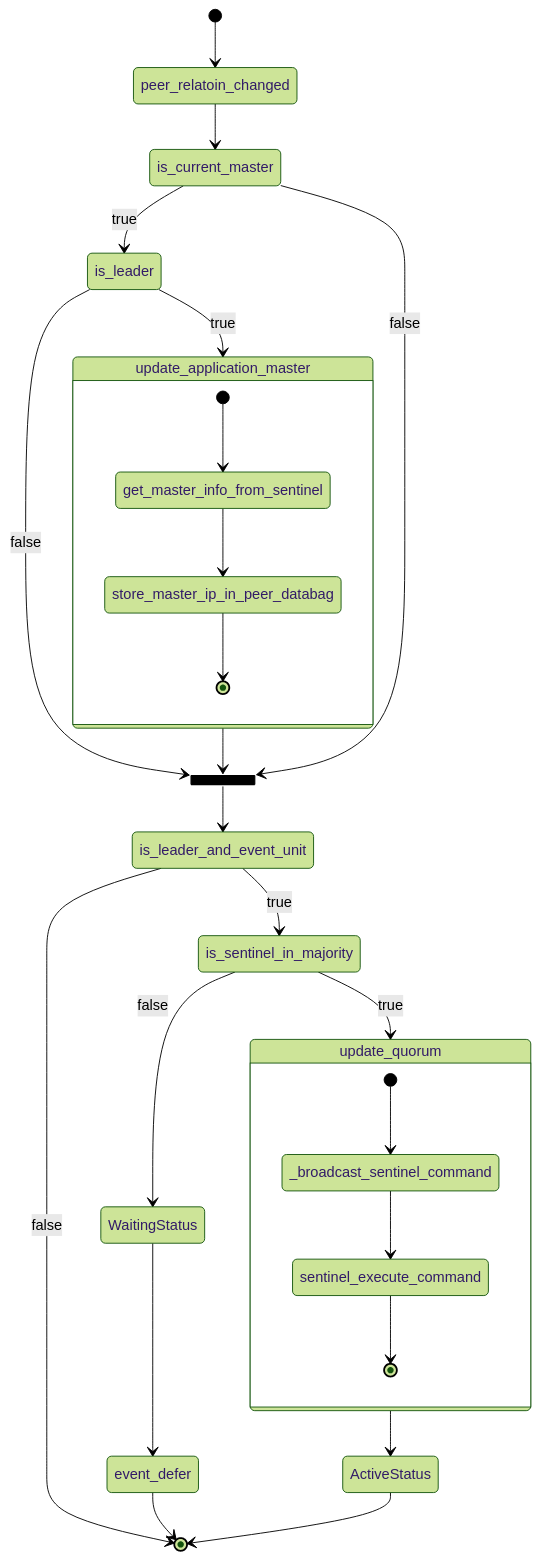
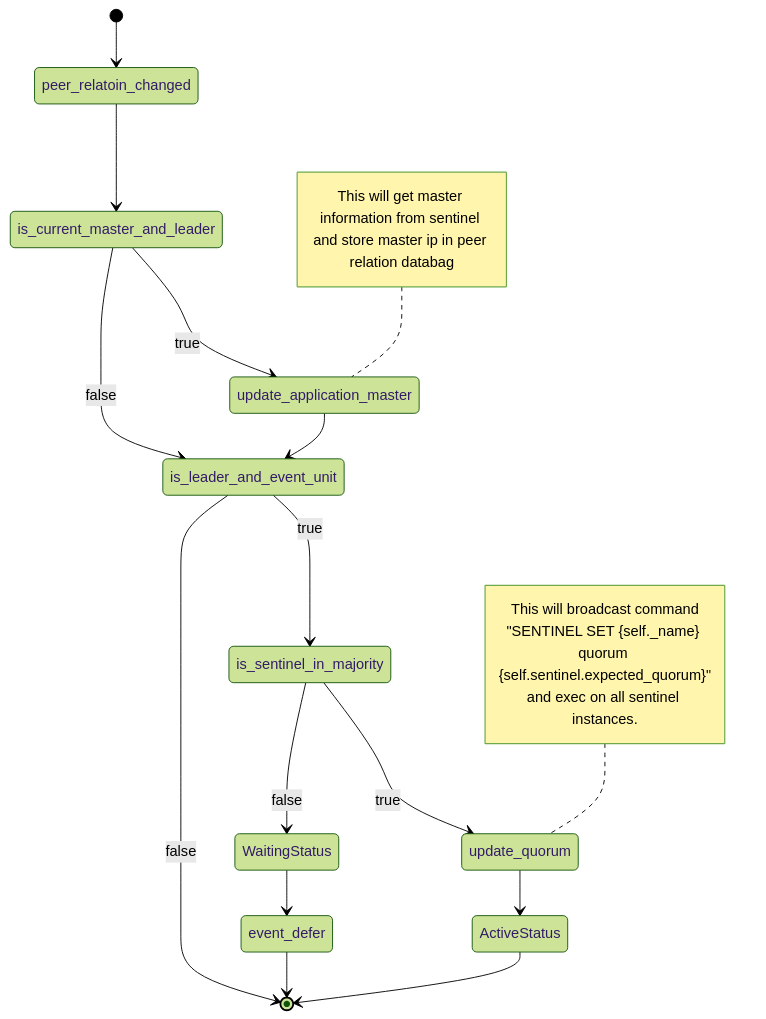
One commit to jneo8/juju-guides changed the first of 2 diagrams in tutorial-operator-charm/deployment-part4-peer-relation.md. Above: the diagram before and after it, drawn with Mermaid (forest theme). The commit also changed other lines of this file and 2 other files, not shown here.

Commit message:
docs(deployment-part5-leader-elected.md): Update code example of _peer_relation_changed

````diff
--- a/tutorial-operator-charm/deployment-part4-peer-relation.md
+++ b/tutorial-operator-charm/deployment-part4-peer-relation.md
@@ -12,37 +12,28 @@
 ```mermaid
 stateDiagram-v2
 
 [*] --> peer_relatoin_changed
 
-peer_relatoin_changed --> is_current_master
-is_current_master --> is_leader: true
-is_leader --> update_application_master: true
+peer_relatoin_changed --> is_current_master_and_leader
+is_current_master_and_leader --> update_application_master: true
 
-state update_application_master {
-    [*] --> get_master_info_from_sentinel
-    get_master_info_from_sentinel --> store_master_ip_in_peer_databag
-    store_master_ip_in_peer_databag --> [*]
-}
+note left of update_application_master : This will get master information from sentinel and store master ip in peer relation databag
 
-state join_state_1 <<join>>
+is_current_master_and_leader --> is_leader_and_event_unit: false
+update_application_master --> is_leader_and_event_unit
 
-is_leader --> join_state_1: false
-update_application_master --> join_state_1
-is_current_master --> join_state_1: false
-join_state_1 --> is_leader_and_event_unit
 is_leader_and_event_unit --> [*]: false
 is_leader_and_event_unit --> is_sentinel_in_majority: true
 is_sentinel_in_majority --> WaitingStatus: false
 WaitingStatus --> event_defer
 event_defer --> [*]
 is_sentinel_in_majority --> update_quorum: true
-
-state update_quorum {
-    [*] --> _broadcast_sentinel_command
-    _broadcast_sentinel_command --> sentinel_execute_command 
-    sentinel_execute_command --> [*]
-}
+note left of update_quorum
+    This will broadcast command
+    "SENTINEL SET {self._name} quorum {self.sentinel.expected_quorum}"
+    and exec on all sentinel instances.
+end note
 
 update_quorum --> ActiveStatus
 ActiveStatus --> [*]
 ```
````
